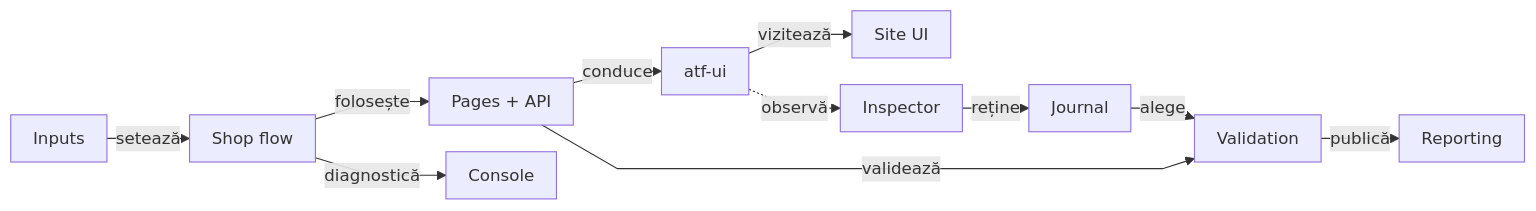
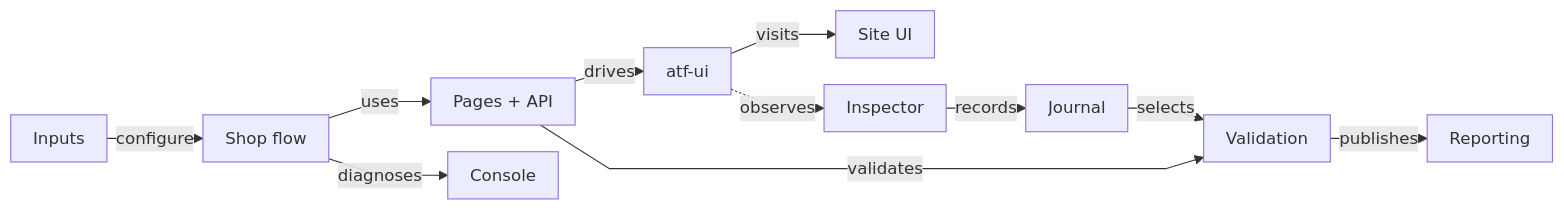
The first of 13 diagrams in atf-test-practice-shop/README.md (crististefanita/atf_j0), drawn with Mermaid before and after one commit. The commit also changed other lines of this file and 113 other files, not shown here.

````diff
--- a/atf-test-practice-shop/README.md
+++ b/atf-test-practice-shop/README.md
@@ -14,14 +24,14 @@
 ```mermaid
 %%{init: {"themeVariables":{"fontSize":"15px"},"themeCSS":".nodeLabel, .nodeLabel p { font-size: 15px !important; line-height: 1.35 !important; } .edgeLabel, .edgeLabel p { font-size: 12px !important; font-weight: 400 !important; line-height: 1.2 !important; } .edgeLabel .labelBkg, .edgeLabel p { background: transparent !important; } .edgeLabel foreignObject { transform: translateY(-18px); overflow: visible; } .node rect { rx: 6px; ry: 6px; }","flowchart":{"curve":"linear","nodeSpacing":24,"rankSpacing":16,"padding":10,"diagramPadding":16}}}%%
 flowchart LR
-    Config["Inputs"] -->|setează| Journey["Shop flow"]
-    Journey -->|folosește| Screens["Pages + API"]
-    Screens -->|conduce| Browser["atf-ui"]
-    Browser -->|vizitează| Site["Site UI"]
-    Browser -.->|observă| Inspector["Inspector"]
-    Inspector -->|reține| Journal["Journal"]
-    Journal -->|alege| Checkpoint["Validation"]
-    Screens -->|validează| Checkpoint
-    Checkpoint -->|publică| Reporting["Reporting"]
-    Journey -->|diagnostică| Console["Console"]
+    Config["Inputs"] -->|configure| Journey["Shop flow"]
+    Journey -->|uses| Screens["Pages + API"]
+    Screens -->|drives| Browser["atf-ui"]
+    Browser -->|visits| Site["Site UI"]
+    Browser -.->|observes| Inspector["Inspector"]
+    Inspector -->|records| Journal["Journal"]
+    Journal -->|selects| Checkpoint["Validation"]
+    Screens -->|validates| Checkpoint
+    Checkpoint -->|publishes| Reporting["Reporting"]
+    Journey -->|diagnoses| Console["Console"]
 ```
````
